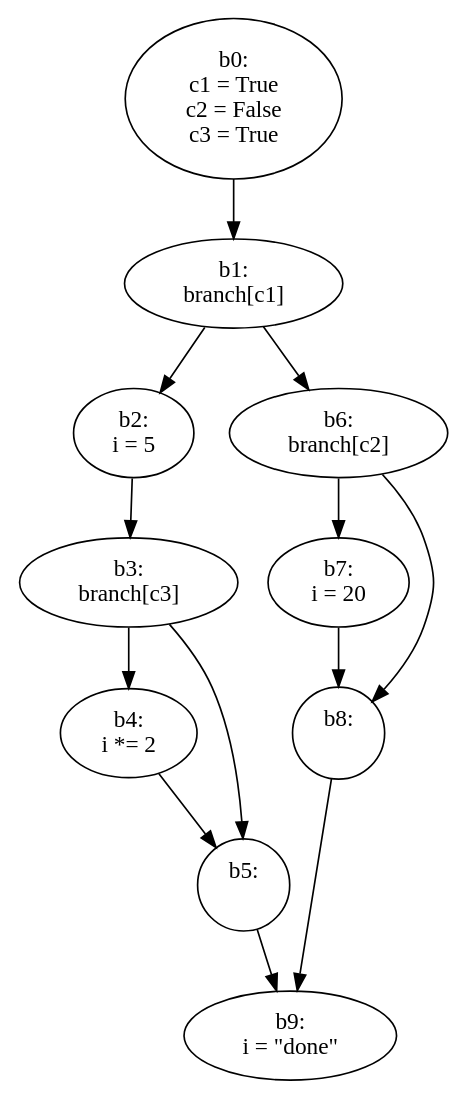
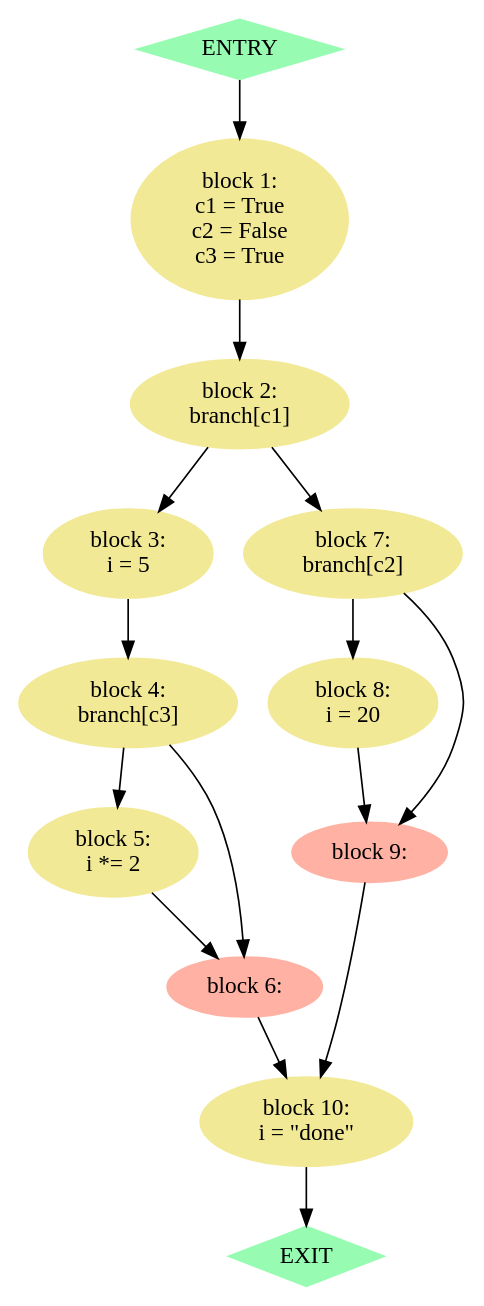
Before and after one commit to joelsunny/program-analysis: the diagram in asttocfg/temp/nested_if_test.gv, drawn with Graphviz. The commit also changed 21 other files, not shown here.

Commit message:
cfg visualisation using graphviz

```diff
--- a/asttocfg/temp/nested_if_test.gv
+++ b/asttocfg/temp/nested_if_test.gv
@@ -1,47 +1,57 @@
 // CFG
 digraph {
-	0 [label="b0:
+	node [color="#97fcb2" shape=diamond style=filled]
+	0 [label=ENTRY]
+	node [color="#f2e996" shape=ellipse style=filled]
+	1 [label="block 1:
 c1 = True
 c2 = False
-c3 = True
+c3 = True"]
+	node [color="#f2e996" shape=ellipse style=filled]
+	2 [label="block 2:
+branch[c1]"]
+	node [color="#f2e996" shape=ellipse style=filled]
+	3 [label="block 3:
+i = 5"]
+	node [color="#f2e996" shape=ellipse style=filled]
+	4 [label="block 4:
+branch[c3]"]
+	node [color="#f2e996" shape=ellipse style=filled]
+	5 [label="block 5:
+i *= 2"]
+	node [color="#f2e996" shape=ellipse style=filled]
+	node [color="#ffb1a3" shape=ellipse style=filled]
+	6 [label="block 6:
 "]
-	1 [label="b1:
-branch[c1]
+	node [color="#f2e996" shape=ellipse style=filled]
+	7 [label="block 7:
+branch[c2]"]
+	node [color="#f2e996" shape=ellipse style=filled]
+	8 [label="block 8:
+i = 20"]
+	node [color="#f2e996" shape=ellipse style=filled]
+	node [color="#ffb1a3" shape=ellipse style=filled]
+	9 [label="block 9:
 "]
-	2 [label="b2:
-i = 5
-"]
-	3 [label="b3:
-branch[c3]
-"]
-	4 [label="b4:
-i *= 2
-"]
-	5 [label="b5:
-
-"]
-	6 [label="b6:
-branch[c2]
-"]
-	7 [label="b7:
-i = 20
-"]
-	8 [label="b8:
-
-"]
-	9 [label="b9:
-i = \"done\"
-"]
+	node [color="#f2e996" shape=ellipse style=filled]
+	10 [label="block 10:
+i = \"done\""]
+	node [color="#f2e996" shape=ellipse style=filled]
+	node [color="#97fcb2" shape=diamond style=filled]
+	11 [label=EXIT]
+	node [color="#f2e996" shape=ellipse style=filled]
 	0 -> 1
 	1 -> 2
-	1 -> 6
 	2 -> 3
+	2 -> 7
 	3 -> 4
-	3 -> 5
 	4 -> 5
-	5 -> 9
-	6 -> 7
-	6 -> 8
+	4 -> 6
+	5 -> 6
+	6 -> 10
 	7 -> 8
+	7 -> 9
 	8 -> 9
+	9 -> 10
+	10 -> 11
 }
```
